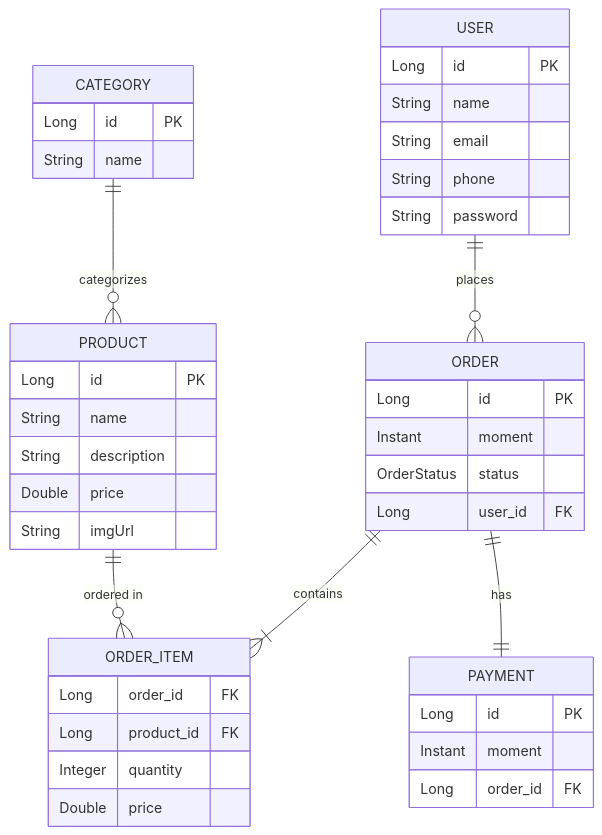
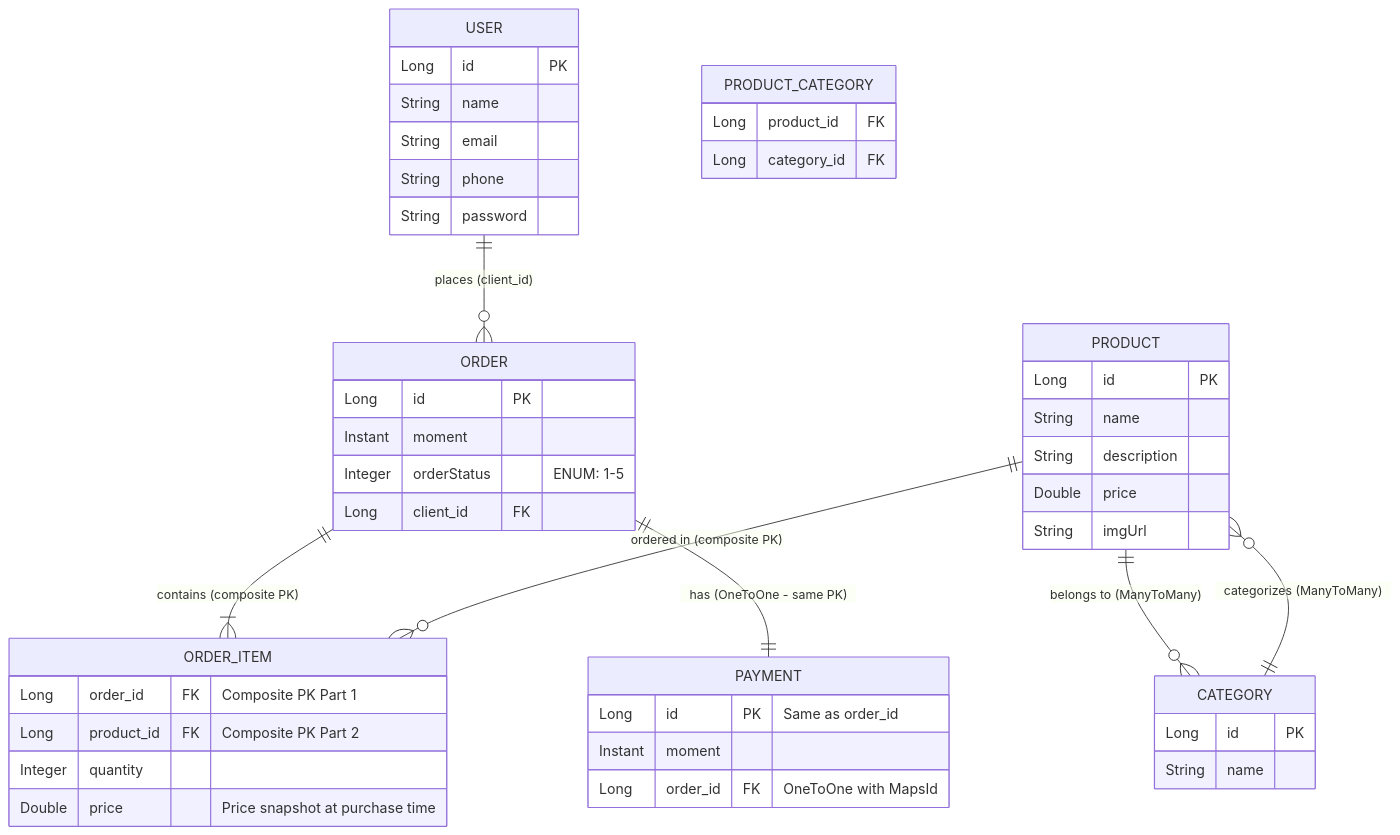
One commit to JoaoGuilhermmy/workshop-API changed the second of 2 diagrams in README.en.md. Above: the diagram before and after it, drawn with Mermaid. The commit also changed other lines of this file, not shown here.

````diff
--- a/README.en.md
+++ b/README.en.md
@@ -203,49 +153,55 @@
 ```mermaid
 erDiagram
-    USER ||--o{ ORDER : places
-    ORDER ||--|{ ORDER_ITEM : contains
-    PRODUCT ||--o{ ORDER_ITEM : "ordered in"
-    CATEGORY ||--o{ PRODUCT : categorizes
-    ORDER ||--|| PAYMENT : has
+    USER ||--o{ ORDER : "places (client_id)"
+    ORDER ||--|{ ORDER_ITEM : "contains (composite PK)"
+    PRODUCT ||--o{ ORDER_ITEM : "ordered in (composite PK)"
+    CATEGORY ||--o{ PRODUCT : "categorizes (ManyToMany)"
+    PRODUCT ||--o{ CATEGORY : "belongs to (ManyToMany)"
+    ORDER ||--|| PAYMENT : "has (OneToOne - same PK)"
     
     USER {
         Long id PK
         String name
         String email
         String phone
         String password
     }
     
     ORDER {
         Long id PK
         Instant moment
-        OrderStatus status
-        Long user_id FK
+        Integer orderStatus "ENUM: 1-5"
+        Long client_id FK
     }
     
     PRODUCT {
         Long id PK
         String name
         String description
         Double price
         String imgUrl
     }
     
     CATEGORY {
         Long id PK
         String name
     }
     
     ORDER_ITEM {
-        Long order_id FK
-        Long product_id FK
+        Long order_id FK "Composite PK Part 1"
+        Long product_id FK "Composite PK Part 2"
         Integer quantity
-        Double price
+        Double price "Price snapshot at purchase time"
     }
     
     PAYMENT {
-        Long id PK
+        Long id PK "Same as order_id"
         Instant moment
-        Long order_id FK
+        Long order_id FK "OneToOne with MapsId"
+    }
+    
+    PRODUCT_CATEGORY {
+        Long product_id FK
+        Long category_id FK
     }
 ```
````
